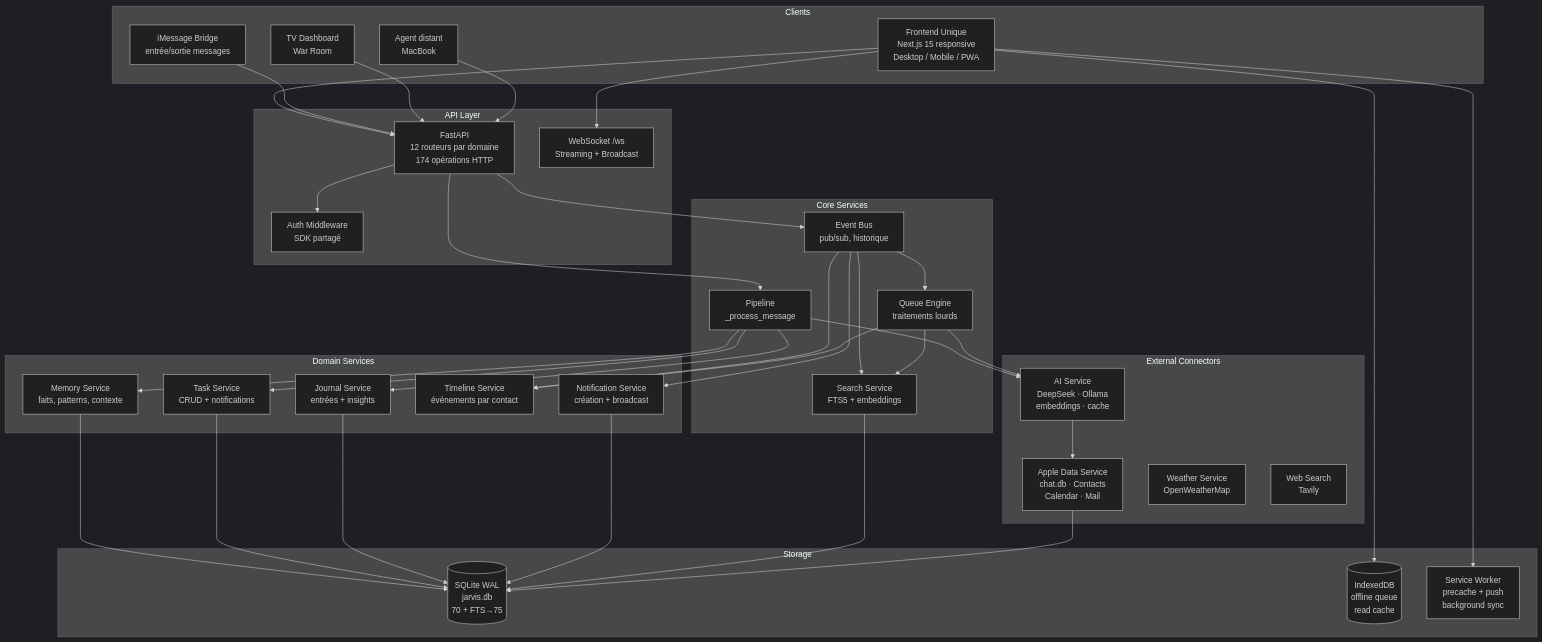
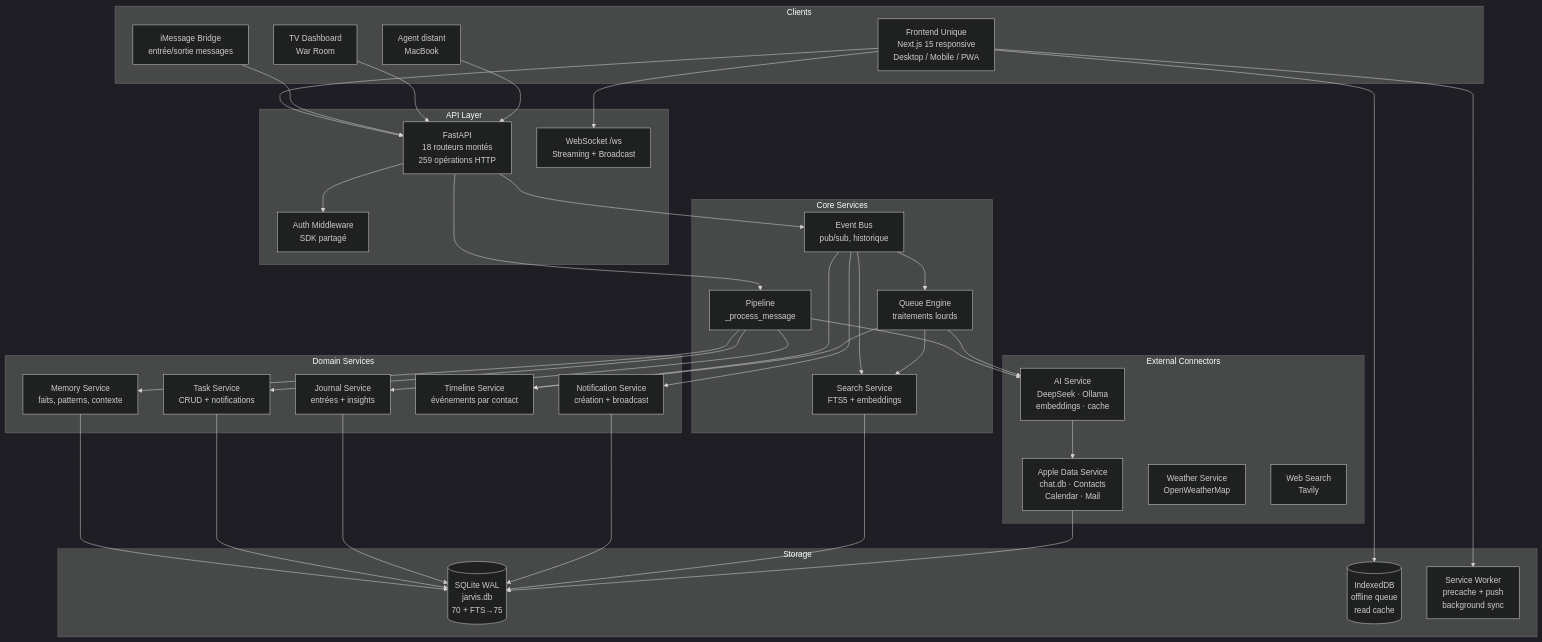
Before and after one commit to AVTAVANTTOUT2/JarvisAPI: the first of 3 diagrams in Architecture/08_ARCHITECTURE_CIBLE.md, drawn with Mermaid (dark theme). The commit also changed other lines of this file and 19 other files, not shown here.

Commit message:
docs(architecture): enforce canonical API structure

````diff
--- a/Architecture/08_ARCHITECTURE_CIBLE.md
+++ b/Architecture/08_ARCHITECTURE_CIBLE.md
@@ -12,79 +12,79 @@
 ```mermaid
 graph TB
     subgraph "Clients"
         FRONT["Frontend Unique<br/>Next.js 15 responsive<br/>Desktop / Mobile / PWA"]
         IMESSAGE_BRIDGE["iMessage Bridge<br/>entrée/sortie messages"]
         TV["TV Dashboard<br/>War Room"]
         AGENT["Agent distant<br/>MacBook"]
     end
 
     subgraph "API Layer"
-        API["FastAPI<br/>12 routeurs par domaine<br/>174 opérations HTTP"]
+        API["FastAPI<br/>18 routeurs montés<br/>259 opérations HTTP"]
         WS["WebSocket /ws<br/>Streaming + Broadcast"]
         AUTH["Auth Middleware<br/>SDK partagé"]
     end
 
     subgraph "Core Services"
         ORCH["Pipeline<br/>_process_message"]
         EVENT_BUS["Event Bus<br/>pub/sub, historique"]
         QUEUE["Queue Engine<br/>traitements lourds"]
         SEARCH["Search Service<br/>FTS5 + embeddings"]
     end
 
     subgraph "Domain Services"
         MEMORY["Memory Service<br/>faits, patterns, contexte"]
         TASK["Task Service<br/>CRUD + notifications"]
         JOURNAL["Journal Service<br/>entrées + insights"]
         TIMELINE["Timeline Service<br/>événements par contact"]
         NOTIF["Notification Service<br/>création + broadcast"]
     end
 
     subgraph "External Connectors"
         APPLE["Apple Data Service<br/>chat.db ⋅ Contacts<br/>Calendar ⋅ Mail"]
         LLM["AI Service<br/>DeepSeek ⋅ Ollama<br/>embeddings ⋅ cache"]
         WEATHER["Weather Service<br/>OpenWeatherMap"]
         WEB_SEARCH["Web Search<br/>Tavily"]
     end
 
     subgraph "Storage"
         SQLITE[(SQLite WAL<br/>jarvis.db<br/>70 + FTS→75)]
         IDB[(IndexedDB<br/>offline queue<br/>read cache)]
         SW["Service Worker<br/>precache + push<br/>background sync"]
     end
 
     FRONT --> API
     FRONT --> WS
     IMESSAGE_BRIDGE --> API
     TV --> API
     AGENT --> API
 
     API --> AUTH
     API --> ORCH
     API --> EVENT_BUS
 
     ORCH --> MEMORY
     ORCH --> TASK
     ORCH --> JOURNAL
     ORCH --> LLM
 
     EVENT_BUS --> NOTIF
     EVENT_BUS --> QUEUE
     EVENT_BUS --> TIMELINE
     EVENT_BUS --> SEARCH
 
     QUEUE --> LLM
     QUEUE --> SEARCH
     QUEUE --> TIMELINE
 
     MEMORY --> SQLITE
     TASK --> SQLITE
     JOURNAL --> SQLITE
     NOTIF --> SQLITE
     SEARCH --> SQLITE
 
     APPLE --> SQLITE
     LLM --> APPLE
 
     FRONT --> IDB
     FRONT --> SW
 ```
````
